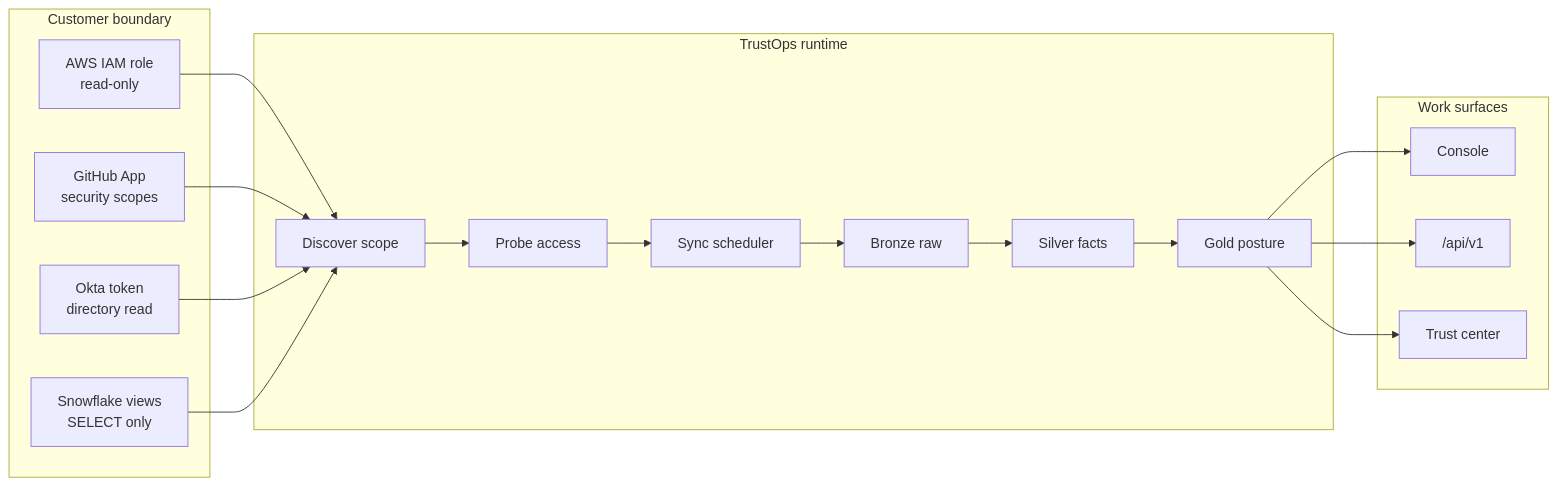
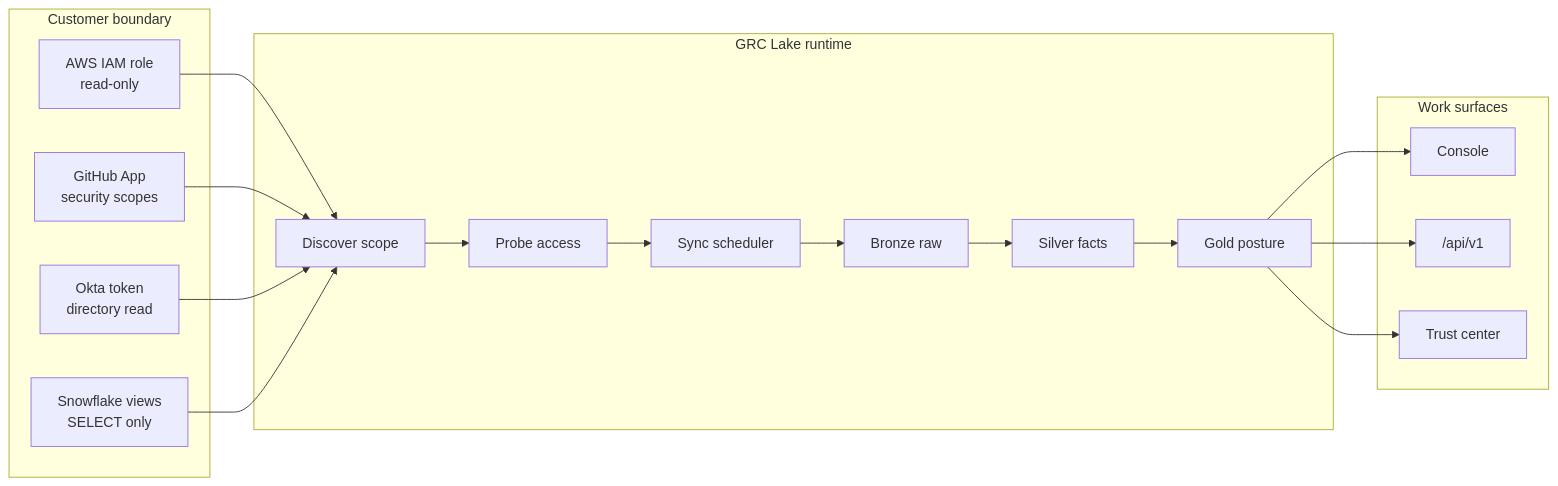
Before and after one commit to msaad00/grc-lake: the first of 2 diagrams in docs/diagrams/connector-ingestion.md, drawn with Mermaid. The commit also changed other lines of this file and 478 other files, not shown here.

Commit message:
feat: rebrand TrustOps as GRC Lake with upgrade aliases

````diff
--- a/docs/diagrams/connector-ingestion.md
+++ b/docs/diagrams/connector-ingestion.md
@@ -8,33 +8,33 @@
 ```mermaid
 flowchart LR
   subgraph Customer["Customer boundary"]
     AWS["AWS IAM role<br/>read-only"]
     GH["GitHub App<br/>security scopes"]
     OKTA["Okta token<br/>directory read"]
     SF["Snowflake views<br/>SELECT only"]
   end
 
-  subgraph TrustOps["TrustOps runtime"]
+  subgraph GRC Lake["GRC Lake runtime"]
     DISC["Discover scope"]
     PROBE["Probe access"]
     SYNC["Sync scheduler"]
     BRZ["Bronze raw"]
     SLV["Silver facts"]
     GLD["Gold posture"]
   end
 
   subgraph Surfaces["Work surfaces"]
     UI["Console"]
     API["/api/v1"]
     TC["Trust center"]
   end
 
   AWS --> DISC
   GH --> DISC
   OKTA --> DISC
   SF --> DISC
   DISC --> PROBE --> SYNC --> BRZ --> SLV --> GLD
   GLD --> UI
   GLD --> API
   GLD --> TC
 ```
````
